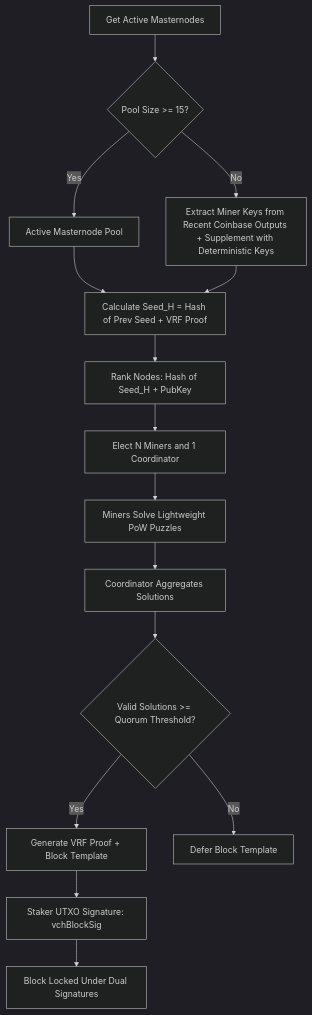
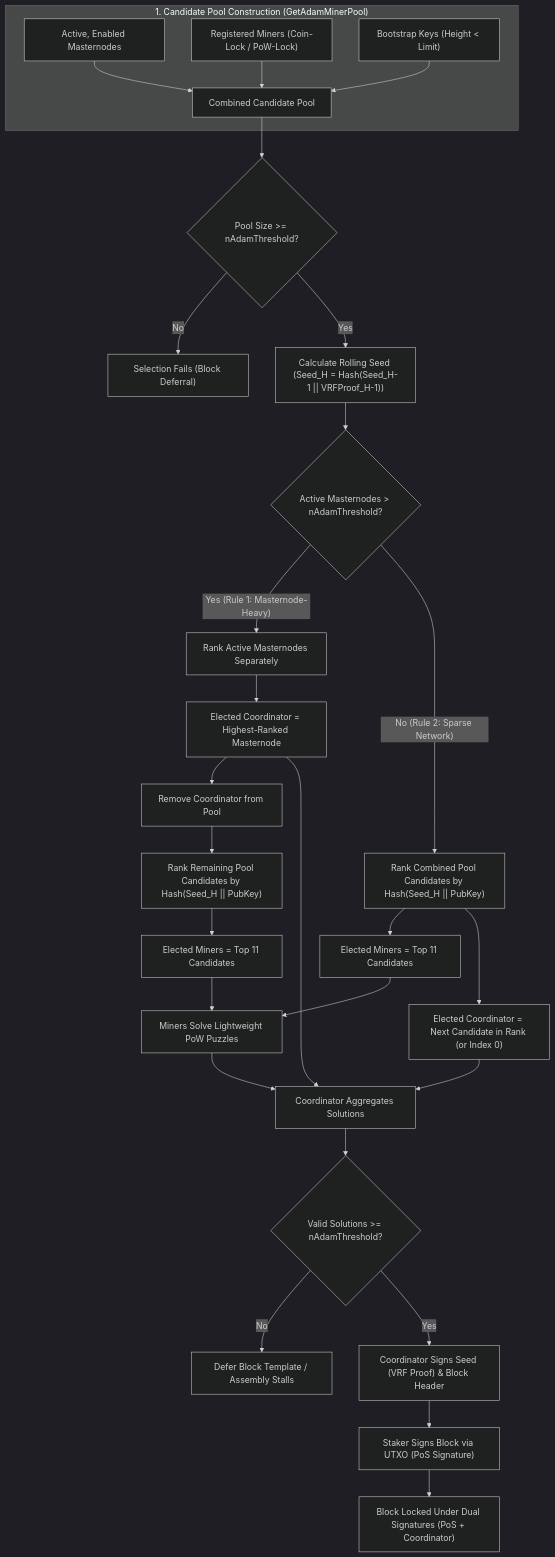
Before and after one commit to bedri/KristaTech-KRISTA: the diagram in doc/A Decentralized Approach Model (ADAM).md, drawn with Mermaid (dark theme). The commit also changed 1 other file, not shown here.

Commit message:
docs: update ADAM pipeline diagram to match production consensus code

````diff
--- a/doc/A Decentralized Approach Model (ADAM).md
+++ b/doc/A Decentralized Approach Model (ADAM).md
@@ -166,18 +166,44 @@
 ```mermaid
 graph TD
-    A[Get Active Masternodes] --> B{Pool Size >= 15?}
-    B -- Yes --> C[Active Masternode Pool]
-    B -- No --> D[Extract Miner Keys from Recent Coinbase Outputs + Supplement with Deterministic Keys]
-    C --> E[Calculate Seed_H = Hash of Prev Seed + VRF Proof]
-    D --> E
-    E --> F[Rank Nodes: Hash of Seed_H + PubKey]
-    F --> G[Elect N Miners and 1 Coordinator]
-    G --> H[Miners Solve Lightweight PoW Puzzles]
-    H --> I[Coordinator Aggregates Solutions]
-    J{Valid Solutions >= Quorum Threshold?}
-    I --> J
-    J -- Yes --> K[Generate VRF Proof + Block Template]
-    J -- No --> L[Defer Block Template]
-    K --> M[Staker UTXO Signature: vchBlockSig]
-    M --> N[Block Locked Under Dual Signatures]
+    %% Pool Construction
+    subgraph Pool_Construction ["1. Candidate Pool Construction (GetAdamMinerPool)"]
+        A1["Active, Enabled Masternodes"] --> A4["Combined Candidate Pool"]
+        A2["Registered Miners (Coin-Lock / PoW-Lock)"] --> A4
+        A3["Bootstrap Keys (Height < Limit)"] --> A4
+    end
+
+    %% Validation & Seed Calculation
+    A4 --> B{"Pool Size >= nAdamThreshold?"}
+    B -- "No" --> C["Selection Fails (Block Deferral)"]
+    B -- "Yes" --> D["Calculate Rolling Seed (Seed_H = Hash(Seed_H-1 || VRFProof_H-1))"]
+
+    %% Election Rules
+    D --> E{"Active Masternodes > nAdamThreshold?"}
+    
+    %% Rule 1
+    E -- "Yes (Rule 1: Masternode-Heavy)" --> F1["Rank Active Masternodes Separately"]
+    F1 --> F2["Elected Coordinator = Highest-Ranked Masternode"]
+    F2 --> F3["Remove Coordinator from Pool"]
+    F3 --> F4["Rank Remaining Pool Candidates by Hash(Seed_H || PubKey)"]
+    F4 --> F5["Elected Miners = Top 11 Candidates"]
+    
+    %% Rule 2
+    E -- "No (Rule 2: Sparse Network)" --> G1["Rank Combined Pool Candidates by Hash(Seed_H || PubKey)"]
+    G1 --> G2["Elected Miners = Top 11 Candidates"]
+    G1 --> G3["Elected Coordinator = Next Candidate in Rank (or Index 0)"]
+
+    %% Execution Phase
+    F5 --> H["Miners Solve Lightweight PoW Puzzles"]
+    G2 --> H
+    
+    H --> I["Coordinator Aggregates Solutions"]
+    F2 --> I
+    G3 --> I
+    
+    I --> J{"Valid Solutions >= nAdamThreshold?"}
+    J -- "No" --> K["Defer Block Template / Assembly Stalls"]
+    
+    J -- "Yes" --> L["Coordinator Signs Seed (VRF Proof) & Block Header"]
+    L --> M["Staker Signs Block via UTXO (PoS Signature)"]
+    M --> N["Block Locked Under Dual Signatures (PoS + Coordinator)"]
 ```
````
